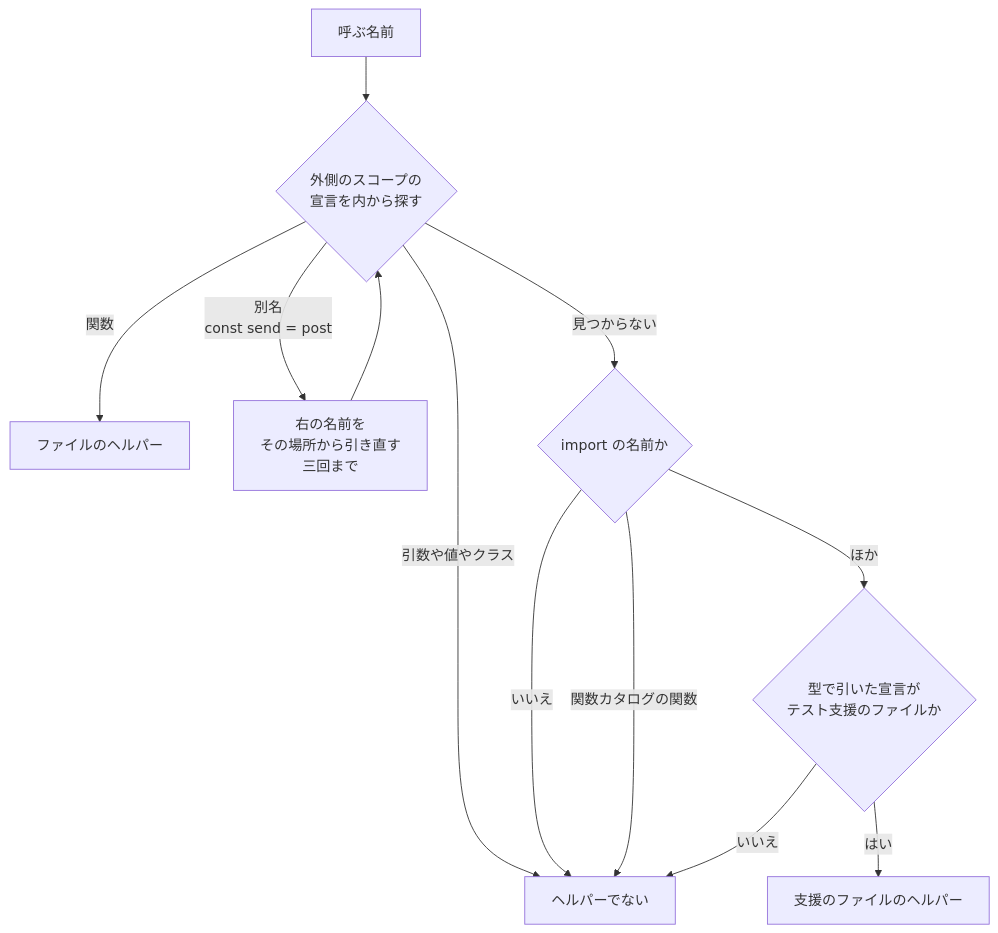
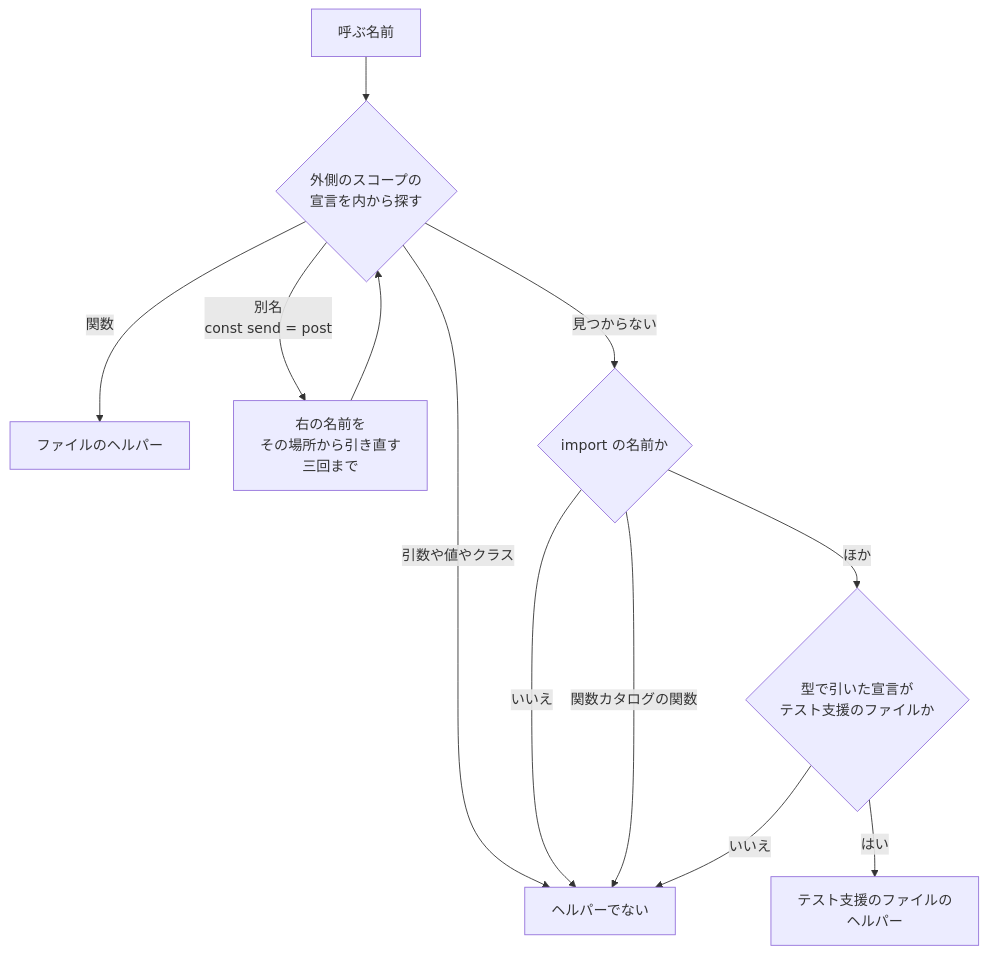
Before and after one commit to maronnjapan/maronn-openid-connect: diagram 16 of 29 in apps/tests/docs/01-read.md, drawn with Mermaid. The commit also changed other lines of this file and 11 other files, not shown here.

````diff
--- a/apps/tests/docs/01-read.md
+++ b/apps/tests/docs/01-read.md
@@ -1289,14 +1630,14 @@
 ```mermaid
 flowchart TB
   N["呼ぶ名前"] --> S{"外側のスコープの<br/>宣言を内から探す"}
   S -->|"関数"| L["ファイルのヘルパー"]
   S -->|"別名<br/>const send = post"| AL["右の名前を<br/>その場所から引き直す<br/>三回まで"]
   AL --> S
   S -->|"引数や値やクラス"| X["ヘルパーでない"]
   S -->|"見つからない"| I{"import の名前か"}
   I -->|"いいえ"| X
   I -->|"関数カタログの関数"| X
   I -->|"ほか"| T{"型で引いた宣言が<br/>テスト支援のファイルか"}
-  T -->|"はい"| M["支援のファイルのヘルパー"]
+  T -->|"はい"| M["テスト支援のファイルの<br/>ヘルパー"]
   T -->|"いいえ"| X
 ```
````
